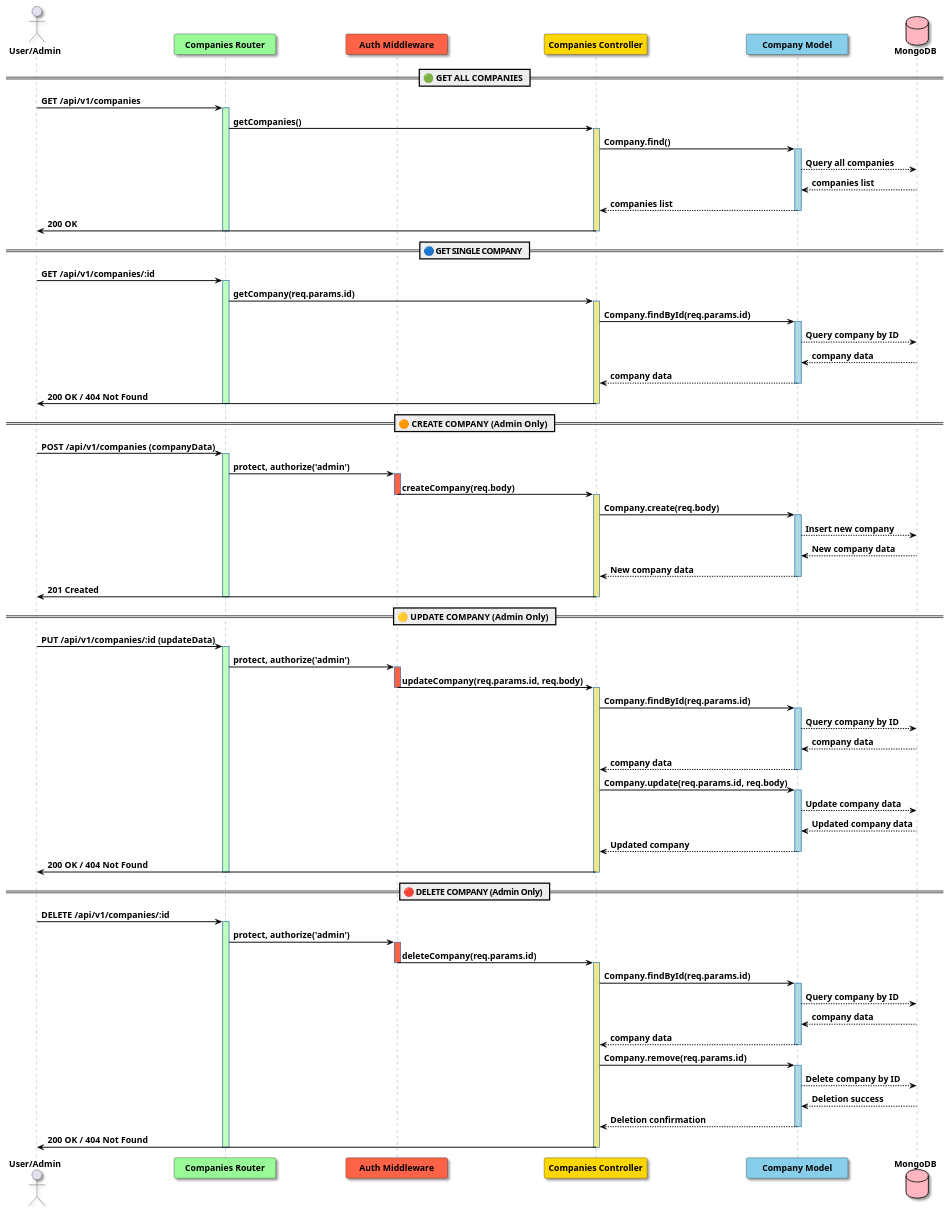
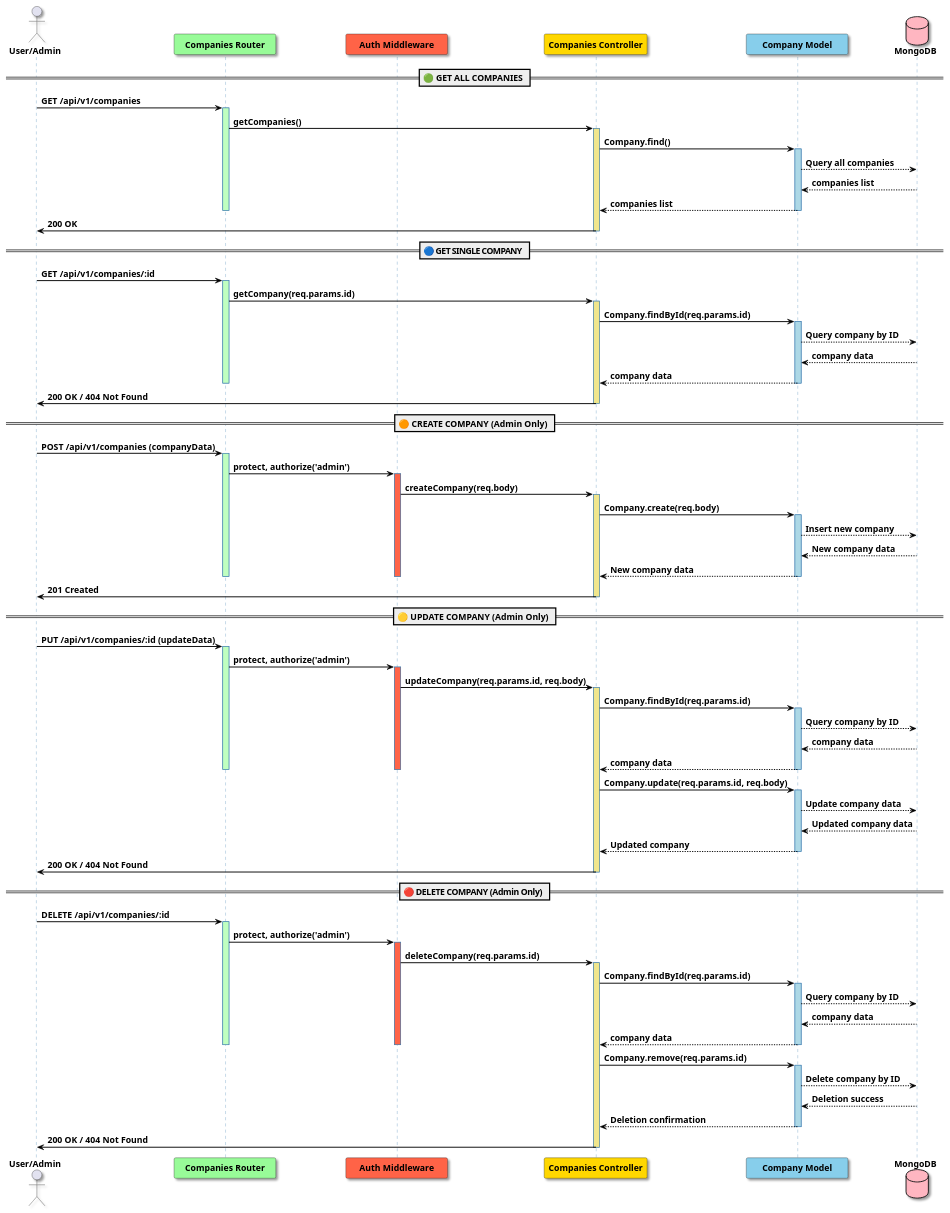
Before and after one commit to idknowwhy123/BackendDev-Project: the diagram in PlantUML/sequanceCompany.puml, drawn with PlantUML. The commit also changed 5 other files, not shown here.

Commit message:
edit PlantUML

```diff
--- a/PlantUML/sequanceCompany.puml
+++ b/PlantUML/sequanceCompany.puml
@@ -1,130 +1,139 @@
 @startuml sequenceCompanyAPI
 
 skinparam {
     defaultFontName Consolas
     defaultFontSize 14
     shadowing true
     componentStyle uml2
     MinClassWidth 150
     ParticipantPadding 50
     ArrowThickness 1.5
 }
 
 skinparam participantBackgroundColor #E6F2FF
 skinparam databaseBackgroundColor #FFB6C1
 skinparam sequenceLifeLineBorderColor #4682B4
 skinparam sequenceArrowColor #black
 skinparam sequenceGroupBorderColor #DAA520
 skinparam sequenceGroupBackgroundColor #FFFACD
 
 actor "**User/Admin**" as User
 participant "**Companies Router**" as CR   #98FB98
 participant "**Auth Middleware**" as AM   #FF6347
 participant "**Companies Controller**" as CC #FFD700
 participant "**Company Model**" as CM       #87CEEB
 database "**MongoDB**" as DB                #FFB6C1
 
 skinparam shadowing false
 
 == 🟢 GET ALL COMPANIES ==
 
 User -> CR: **GET /api/v1/companies**
 activate CR #C0FFC0
 CR -> CC: **getCompanies()**
 activate CC #F0E68C
 CC -> CM: **Company.find()**
 activate CM #ADD8E6
+
 CM --> DB: **Query all companies**
 DB --> CM: **companies list**
 CM --> CC: **companies list**
+deactivate CR
 deactivate CM
 CC -> User: **200 OK**
 deactivate CC
-deactivate CR
+
 
 == 🔵 GET SINGLE COMPANY ==
 
 User -> CR: **GET /api/v1/companies/:id**
 activate CR #C0FFC0
 CR -> CC: **getCompany(req.params.id)**
 activate CC #F0E68C
 CC -> CM: **Company.findById(req.params.id)**
 activate CM #ADD8E6
 CM --> DB: **Query company by ID**
 DB --> CM: **company data**
 CM --> CC: **company data**
 deactivate CM
+deactivate CR
 CC -> User: **200 OK / 404 Not Found**
 deactivate CC
-deactivate CR
+
 
 == 🟠 CREATE COMPANY (Admin Only) ==
 
 User -> CR: **POST /api/v1/companies (companyData)**
 activate CR #C0FFC0
 CR -> AM: **protect, authorize('admin')**
 activate AM #FF6347
 AM -> CC: **createCompany(req.body)**
-deactivate AM
+
 activate CC #F0E68C
 CC -> CM: **Company.create(req.body)**
 activate CM #ADD8E6
 CM --> DB: **Insert new company**
 DB --> CM: **New company data**
 CM --> CC: **New company data**
+deactivate AM
 deactivate CM
+deactivate CR
 CC -> User: **201 Created**
 deactivate CC
-deactivate CR
+
 
 == 🟡 UPDATE COMPANY (Admin Only) ==
 
 User -> CR: **PUT /api/v1/companies/:id (updateData)**
 activate CR #C0FFC0
 CR -> AM: **protect, authorize('admin')**
 activate AM #FF6347
 AM -> CC: **updateCompany(req.params.id, req.body)**
-deactivate AM
+
 activate CC #F0E68C
 CC -> CM: **Company.findById(req.params.id)**
 activate CM #ADD8E6
 CM --> DB: **Query company by ID**
 DB --> CM: **company data**
 CM --> CC: **company data**
+deactivate AM
 deactivate CM
+deactivate CR
 CC -> CM: **Company.update(req.params.id, req.body)**
 activate CM #ADD8E6
 CM --> DB: **Update company data**
 DB --> CM: **Updated company data**
 CM --> CC: **Updated company**
 deactivate CM
 CC -> User: **200 OK / 404 Not Found**
 deactivate CC
-deactivate CR
+
 
 == 🔴 DELETE COMPANY (Admin Only) ==
 
 User -> CR: **DELETE /api/v1/companies/:id**
 activate CR #C0FFC0
 CR -> AM: **protect, authorize('admin')**
 activate AM #FF6347
 AM -> CC: **deleteCompany(req.params.id)**
-deactivate AM
+
 activate CC #F0E68C
 CC -> CM: **Company.findById(req.params.id)**
 activate CM #ADD8E6
 CM --> DB: **Query company by ID**
 DB --> CM: **company data**
 CM --> CC: **company data**
+deactivate AM
 deactivate CM
+deactivate CR
 CC -> CM: **Company.remove(req.params.id)**
 activate CM #ADD8E6
 CM --> DB: **Delete company by ID**
 DB --> CM: **Deletion success**
 CM --> CC: **Deletion confirmation**
 deactivate CM
 CC -> User: **200 OK / 404 Not Found**
 deactivate CC
-deactivate CR
+
 
 @enduml
```
